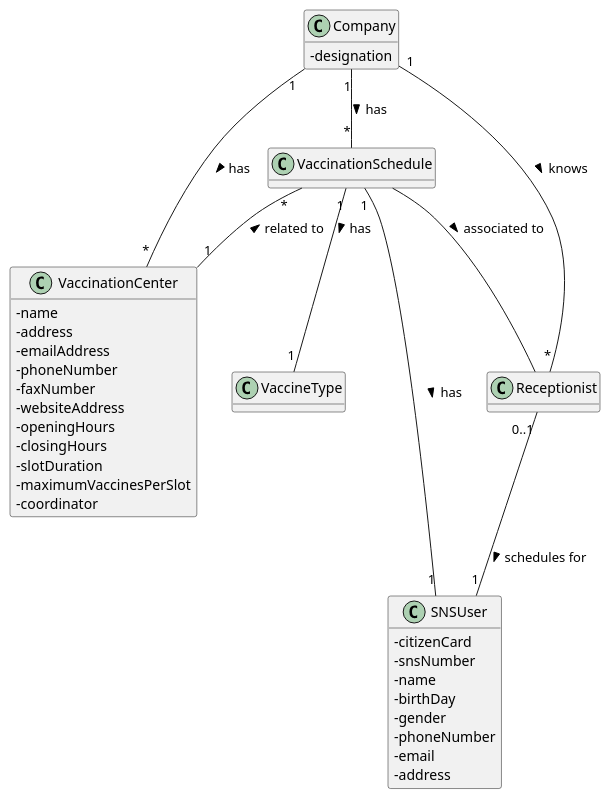
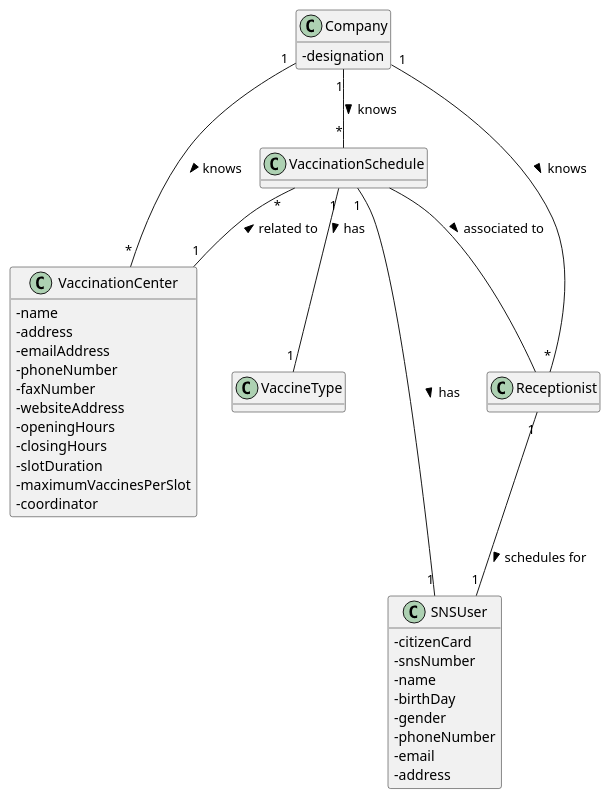
One commit to miseEnPlace-i/lapr2 changed the diagram in docs/SprintC/US02/DM/US02_DM.puml. Above: the diagram before and after it, drawn with PlantUML. The commit also changed 1 other file, not shown here.

```diff
--- a/docs/SprintC/US02/DM/US02_DM.puml
+++ b/docs/SprintC/US02/DM/US02_DM.puml
@@ -1,51 +1,51 @@
 @startuml  US02_DM
 hide methods
 skinparam classAttributeIconSize 0
 
 
 class VaccinationSchedule {}
 
 class VaccineType {}
 
 class SNSUser {
   - citizenCard
   - snsNumber
   - name
   - birthDay
   - gender
   - phoneNumber
   - email
   - address
 }
 
 class VaccinationCenter{
   -name
   -address
   -emailAddress
   -phoneNumber
   -faxNumber
   -websiteAddress
   -openingHours  
   -closingHours
   -slotDuration
   -maximumVaccinesPerSlot
   -coordinator
 }
 
 class Company{
   -designation
 }
 
 class Receptionist {}
 
-Company "1" -- "*" VaccinationSchedule : has >
+Company "1" -- "*" VaccinationSchedule : knows >
 VaccinationSchedule "1"  -- "1" VaccineType : has >
 VaccinationSchedule "*" -- "1" VaccinationCenter : related to <
-Company "1" -- "*" VaccinationCenter : has >
+Company "1" -- "*" VaccinationCenter : knows >
 VaccinationSchedule -- Receptionist : associated to >
-Receptionist "0..1" -- "1" SNSUser : schedules for >
+Receptionist "1" -- "1" SNSUser : schedules for >
 Company "1" -- "*" Receptionist : knows >
 VaccinationSchedule "1" -- "1" SNSUser : has >
 
 
 @enduml
```
